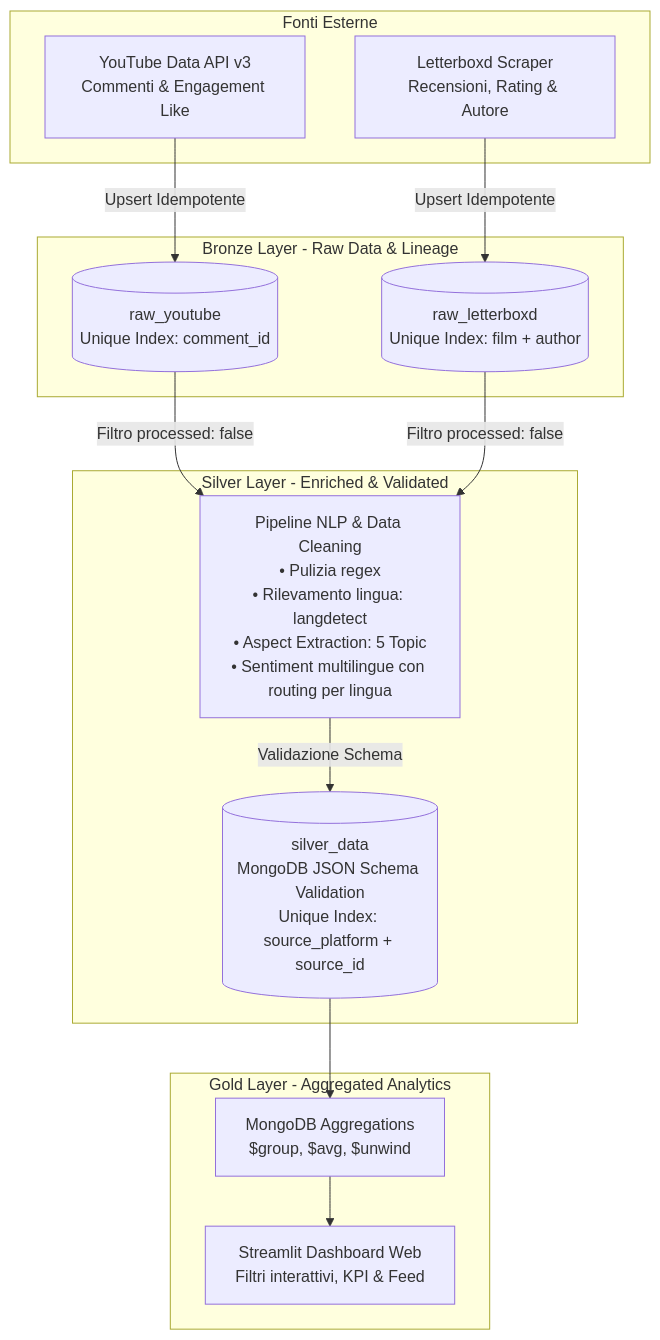
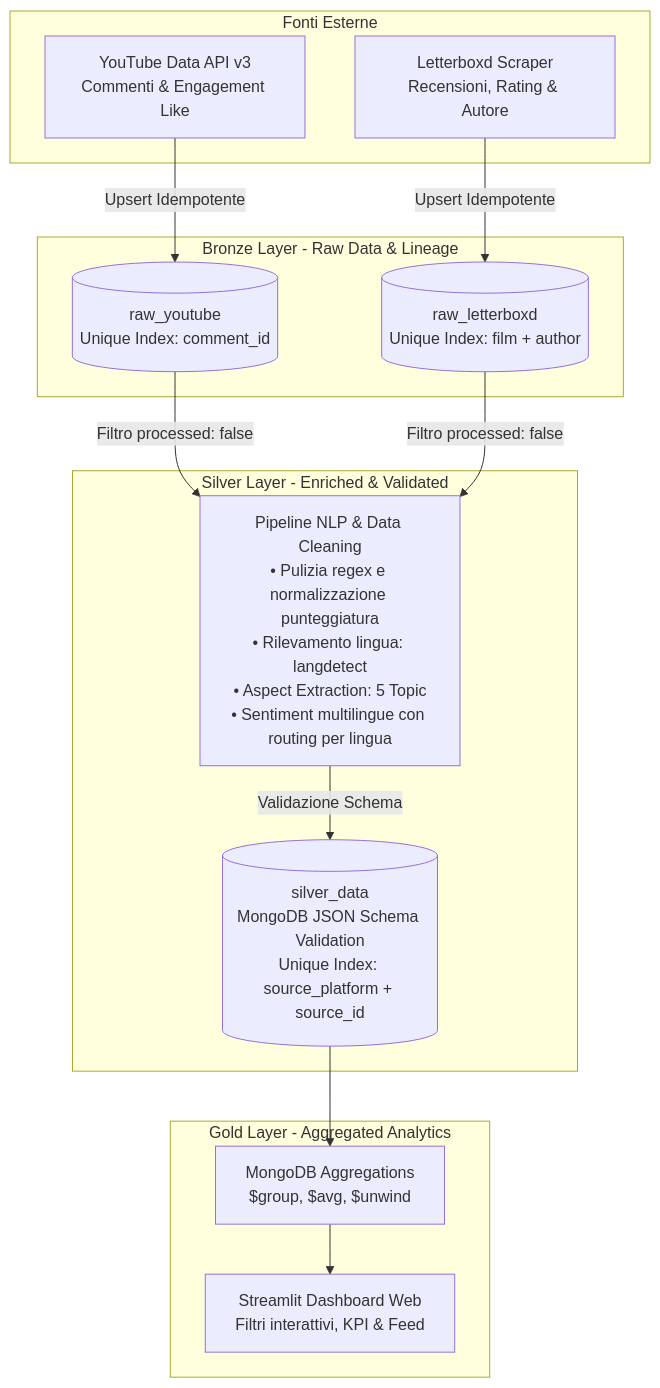
The diagram in README.md (Marco967a/Sentiment_Analysis_Project), drawn with Mermaid before and after one commit. The commit also changed other lines of this file and 2 other files, not shown here.

````diff
--- a/README.md
+++ b/README.md
@@ -14,29 +14,29 @@
 ```mermaid
 flowchart TD
     subgraph Sources [Fonti Esterne]
         YT[YouTube Data API v3<br/>Commenti & Engagement Like]
         LB[Letterboxd Scraper<br/>Recensioni, Rating & Autore]
     end
 
     subgraph Bronze [Bronze Layer - Raw Data & Lineage]
         R_YT[(raw_youtube<br/>Unique Index: comment_id)]
         R_LB[(raw_letterboxd<br/>Unique Index: film + author)]
     end
 
     subgraph Silver [Silver Layer - Enriched & Validated]
-        NLP[Pipeline NLP & Data Cleaning<br/>• Pulizia regex<br/>• Rilevamento lingua: langdetect<br/>• Aspect Extraction: 5 Topic<br/>• Sentiment multilingue con routing per lingua]
+        NLP[Pipeline NLP & Data Cleaning<br/>• Pulizia regex e normalizzazione punteggiatura<br/>• Rilevamento lingua: langdetect<br/>• Aspect Extraction: 5 Topic<br/>• Sentiment multilingue con routing per lingua]
         S_DATA[(silver_data<br/>MongoDB JSON Schema Validation<br/>Unique Index: source_platform + source_id)]
     end
 
     subgraph Gold [Gold Layer - Aggregated Analytics]
         AGG[MongoDB Aggregations<br/>$group, $avg, $unwind]
         DASH[Streamlit Dashboard Web<br/>Filtri interattivi, KPI & Feed]
     end
 
     YT -->|Upsert Idempotente| R_YT
     LB -->|Upsert Idempotente| R_LB
     R_YT -->|Filtro processed: false| NLP
     R_LB -->|Filtro processed: false| NLP
     NLP -->|Validazione Schema| S_DATA
     S_DATA --> AGG --> DASH
 ```
````
